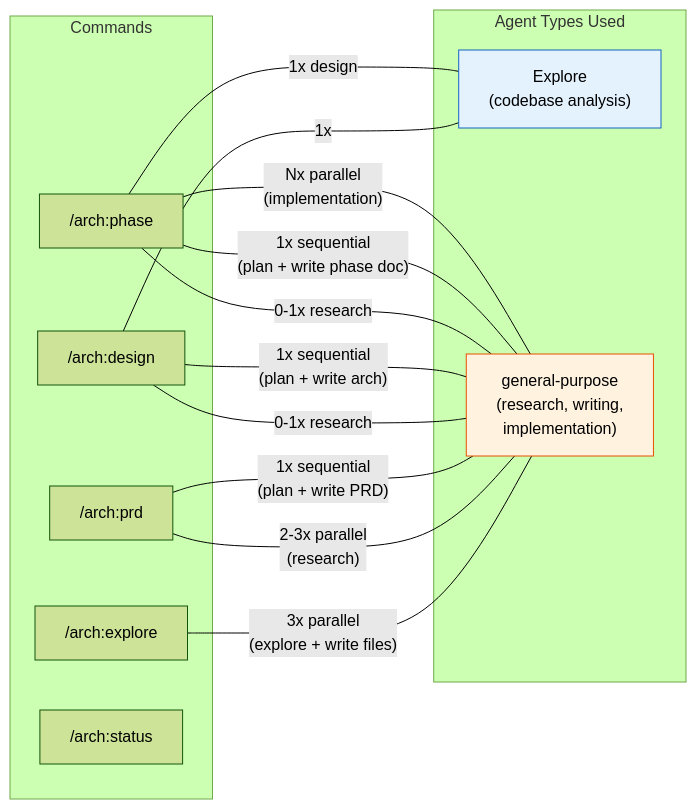
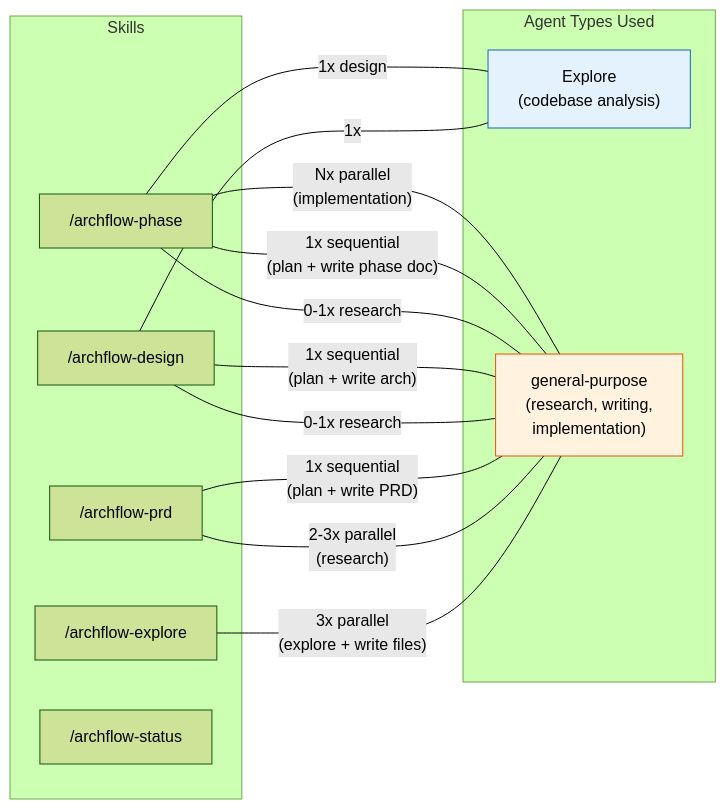
The eighth of 12 diagrams in docs/archflow-process.md (Aroton/ArchflowV2), drawn with Mermaid (forest theme) before and after one commit. The commit also changed other lines of this file and 13 other files, not shown here.

First line of the commit message:
Add portable ArchFlow skills for Claude and Codex

````diff
--- a/docs/archflow-process.md
+++ b/docs/archflow-process.md
@@ -313,29 +313,29 @@
 ```mermaid
 flowchart LR
     subgraph "Agent Types Used"
         EX["Explore<br/>(codebase analysis)"]
         GP["general-purpose<br/>(research, writing,<br/>implementation)"]
     end
 
-    subgraph "Commands"
-        explore["/arch:explore"]
-        prd["/arch:prd"]
-        design["/arch:design"]
-        phase["/arch:phase"]
-        status["/arch:status"]
+    subgraph "Skills"
+        explore["/archflow-explore"]
+        prd["/archflow-prd"]
+        design["/archflow-design"]
+        phase["/archflow-phase"]
+        status["/archflow-status"]
     end
 
     explore ---|"3x parallel<br/>(explore + write files)"| GP
     prd ---|"2-3x parallel<br/>(research)"| GP
     prd ---|"1x sequential<br/>(plan + write PRD)"| GP
     design ---|1x| EX
     design ---|"0-1x research"| GP
     design ---|"1x sequential<br/>(plan + write arch)"| GP
     phase ---|1x design| EX
     phase ---|"0-1x research"| GP
     phase ---|"1x sequential<br/>(plan + write phase doc)"| GP
     phase ---|"Nx parallel<br/>(implementation)"| GP
 
     style EX fill:#e3f2fd,stroke:#1565c0
     style GP fill:#fff3e0,stroke:#e65100
 ```
````
